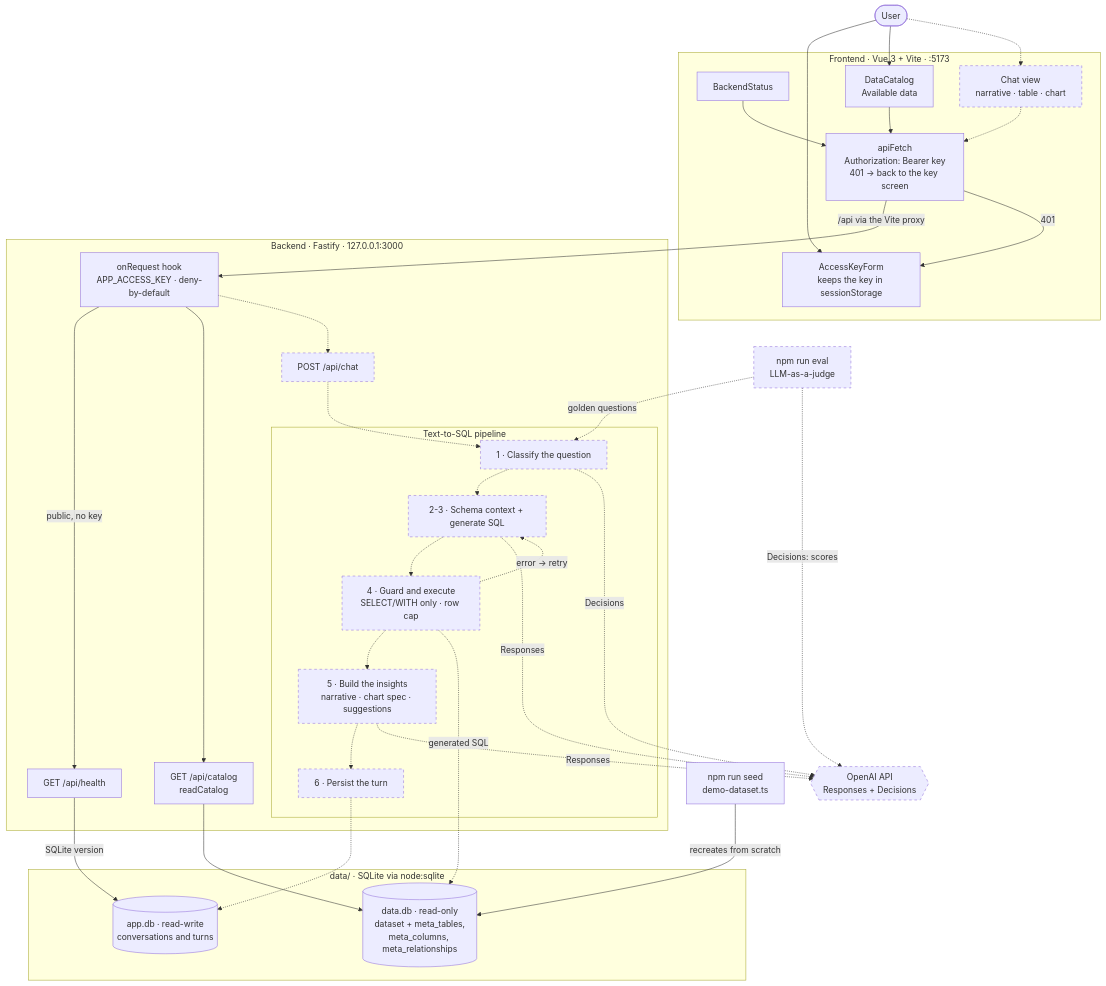
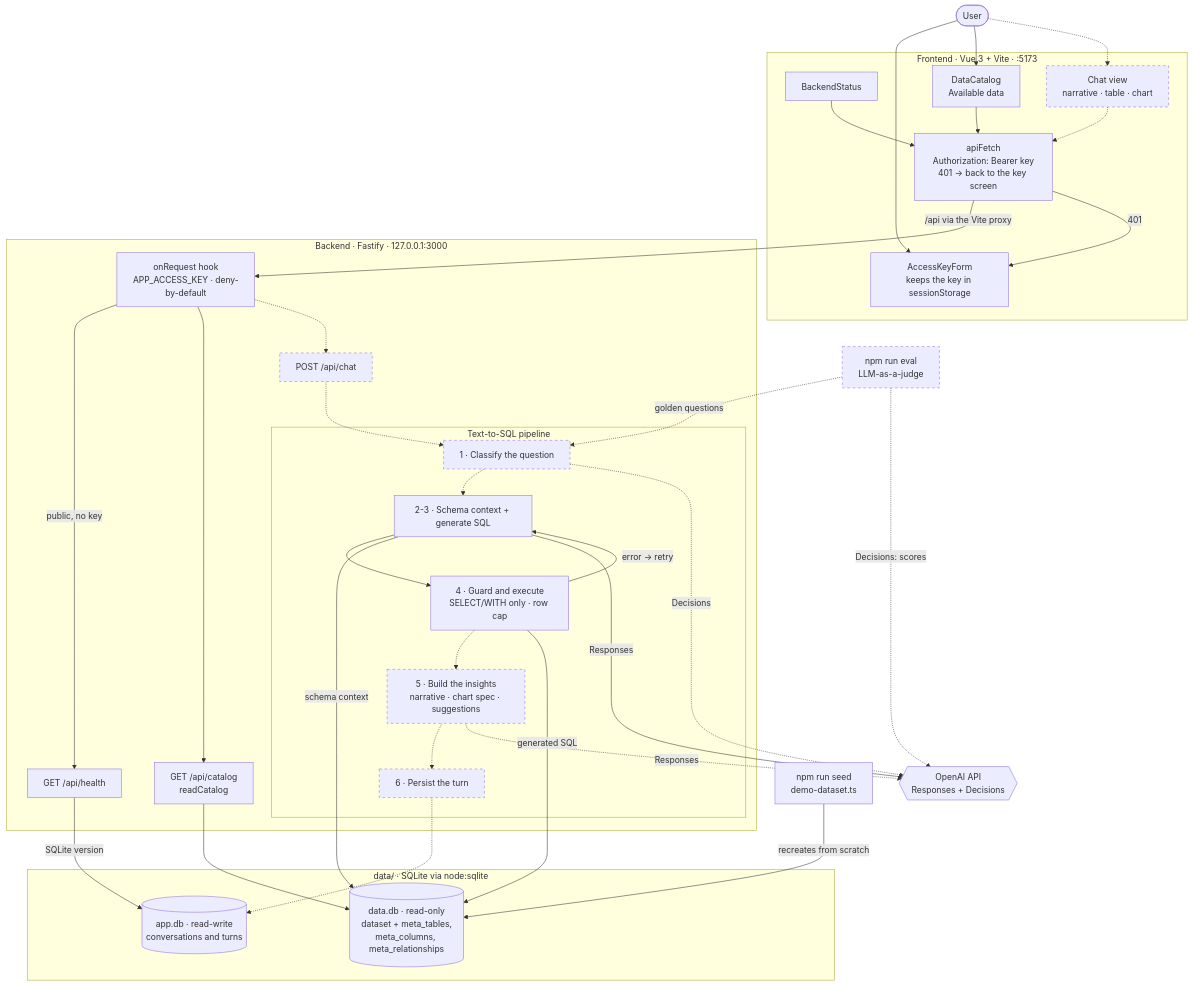
Before and after one commit to emiber/UTDT: the diagram in docs/ARCHITECTURE_DIAGRAM.md, drawn with Mermaid. The commit also changed 2 other files, not shown here.

Commit message:
docs: generación de SQL, módulo LLM, plantillas LiquidJS y diagrama al día
El diagrama pasa a sólidos la guarda y ejecución (#6) y la generación de SQL
con OpenAI (#7).

Refs #7

````diff
--- a/docs/ARCHITECTURE_DIAGRAM.md
+++ b/docs/ARCHITECTURE_DIAGRAM.md
@@ -8,62 +8,65 @@
 ```mermaid
 flowchart TB
   user(["User"])
 
   subgraph FE["Frontend · Vue 3 + Vite · :5173"]
     keyForm["AccessKeyForm<br/>keeps the key in sessionStorage"]
     backendStatus["BackendStatus"]
     dataCatalog["DataCatalog<br/>Available data"]
     chatUi["Chat view<br/>narrative · table · chart"]
     apiFetch["apiFetch<br/>Authorization: Bearer key<br/>401 → back to the key screen"]
   end
 
   subgraph BE["Backend · Fastify · 127.0.0.1:3000"]
     authHook["onRequest hook<br/>APP_ACCESS_KEY · deny-by-default"]
     health["GET /api/health"]
     catalogRoute["GET /api/catalog<br/>readCatalog"]
     chatRoute["POST /api/chat"]
     subgraph PIPE["Text-to-SQL pipeline"]
       classify["1 · Classify the question"]
       genSql["2-3 · Schema context + generate SQL"]
       guard["4 · Guard and execute<br/>SELECT/WITH only · row cap"]
       insights["5 · Build the insights<br/>narrative · chart spec · suggestions"]
       persist["6 · Persist the turn"]
     end
   end
 
   subgraph DATA["data/ · SQLite via node:sqlite"]
     dataDb[("data.db · read-only<br/>dataset + meta_tables,<br/>meta_columns, meta_relationships")]
     appDb[("app.db · read-write<br/>conversations and turns")]
   end
 
   openai{{"OpenAI API<br/>Responses + Decisions"}}
   seed["npm run seed<br/>demo-dataset.ts"]
   evalCmd["npm run eval<br/>LLM-as-a-judge"]
 
   user --> keyForm
   user --> dataCatalog
   user -.-> chatUi
   backendStatus & dataCatalog --> apiFetch
   chatUi -.-> apiFetch
   apiFetch -->|"/api via the Vite proxy"| authHook
   apiFetch -->|"401"| keyForm
   authHook -->|"public, no key"| health
   authHook --> catalogRoute
   authHook -.-> chatRoute
   health -->|"SQLite version"| appDb
   catalogRoute --> dataDb
   seed -->|"recreates from scratch"| dataDb
 
-  chatRoute -.-> classify -.-> genSql -.-> guard -.-> insights -.-> persist
-  guard -.->|"error → retry"| genSql
-  guard -.->|"generated SQL"| dataDb
+  chatRoute -.-> classify -.-> genSql
+  genSql --> guard
+  guard -.-> insights -.-> persist
+  guard -->|"error → retry"| genSql
+  guard -->|"generated SQL"| dataDb
+  genSql -->|"schema context"| dataDb
   persist -.-> appDb
   classify -.->|"Decisions"| openai
-  genSql -.->|"Responses"| openai
+  genSql -->|"Responses"| openai
   insights -.->|"Responses"| openai
   evalCmd -.->|"golden questions"| classify
   evalCmd -.->|"Decisions: scores"| openai
 
   classDef planned stroke-dasharray: 5 5
-  class chatUi,chatRoute,classify,genSql,guard,insights,persist,openai,evalCmd planned
+  class chatUi,chatRoute,classify,insights,persist,evalCmd planned
 ```
````
